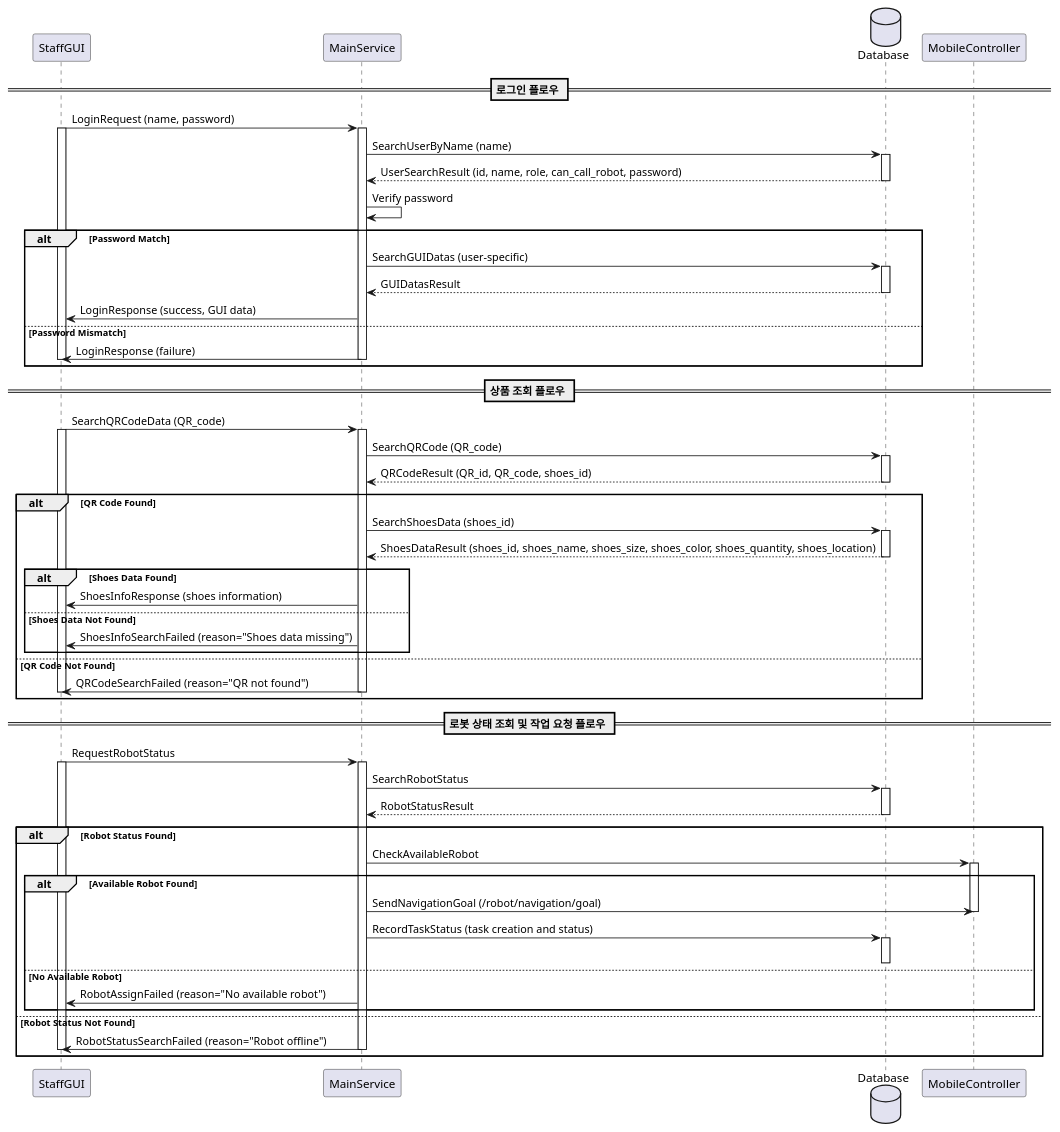
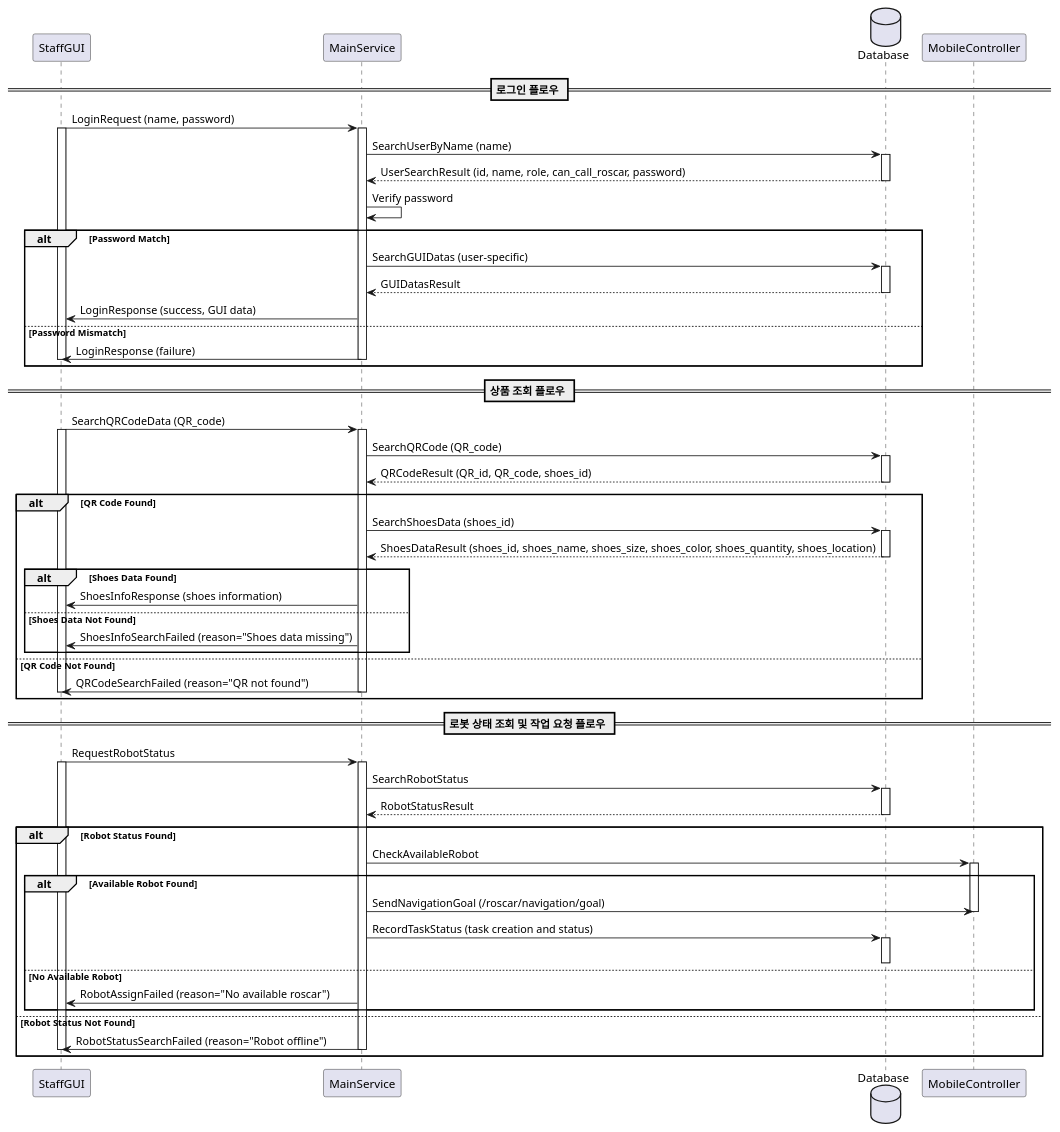
Before and after one commit to addinedu-ros-8th/ros-repo-3: diagram 14 of 24 in docs/sequence_diagram v1-component.md, drawn with PlantUML. The commit also changed other lines of this file and 108 other files, not shown here.

Commit message:
Fix build and Rename robot to roscar

```diff
--- a/docs/sequence_diagram v1-component.md
+++ b/docs/sequence_diagram v1-component.md
@@ -537,7 +537,7 @@
 activate MainService
 MainService -> Database: SearchUserByName (name)
 activate Database
-Database --> MainService: UserSearchResult (id, name, role, can_call_robot, password)
+Database --> MainService: UserSearchResult (id, name, role, can_call_roscar, password)
 deactivate Database
 MainService -> MainService: Verify password
 alt Password Match
@@ -590,14 +590,14 @@
     MainService -> MobileController: CheckAvailableRobot
     activate MobileController
     alt Available Robot Found
-        MainService -> MobileController: SendNavigationGoal (/robot/navigation/goal)
+        MainService -> MobileController: SendNavigationGoal (/roscar/navigation/goal)
         deactivate MobileController
 
         MainService -> Database: RecordTaskStatus (task creation and status)
         activate Database
         deactivate Database
     else No Available Robot
-        MainService -> StaffGUI: RobotAssignFailed (reason="No available robot")
+        MainService -> StaffGUI: RobotAssignFailed (reason="No available roscar")
     end
 else Robot Status Not Found
     MainService -> StaffGUI: RobotStatusSearchFailed (reason="Robot offline")
```
